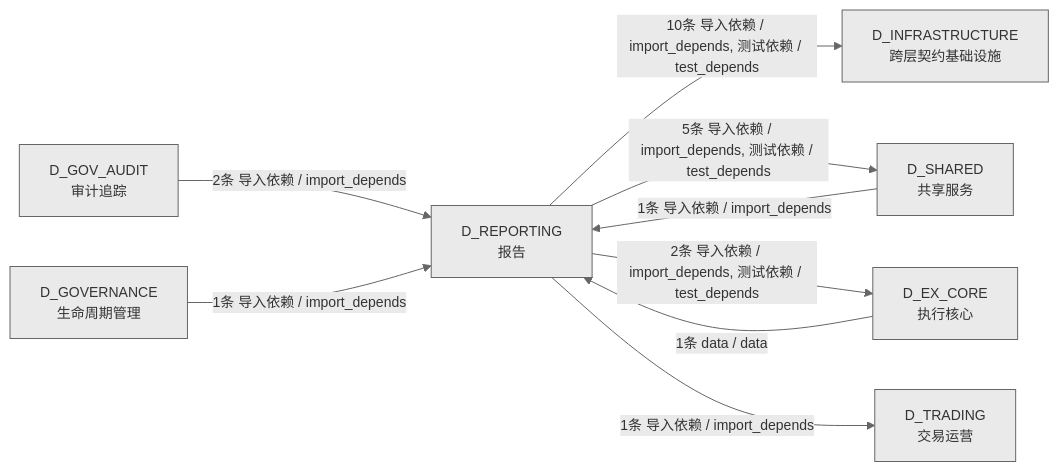
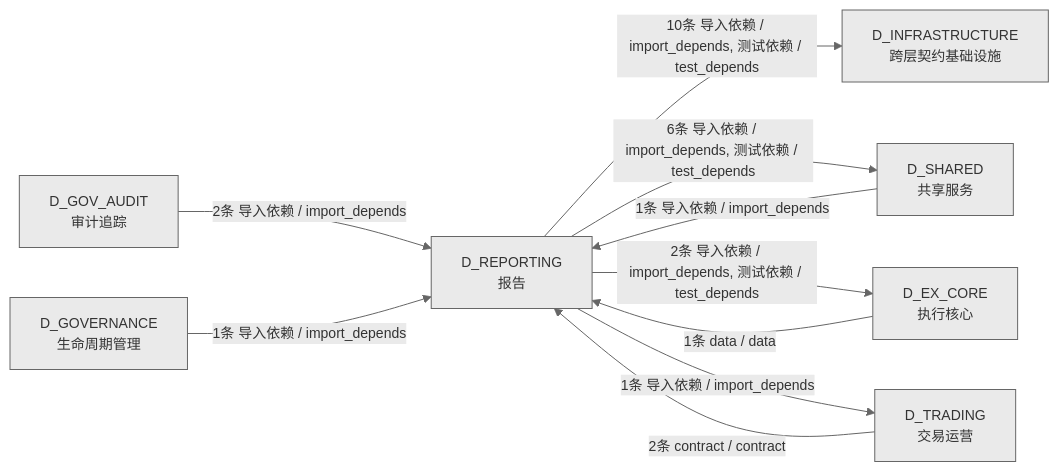
One commit to xuanFelixVan/ZephyrAlpha changed the fourth of 4 diagrams in docs/02_enterprise_architecture/02_domain_architecture_docs/26_d_reporting.md. Above: the diagram before and after it, drawn with Mermaid. The commit also changed other lines of this file and 44 other files, not shown here.

````diff
--- a/docs/02_enterprise_architecture/02_domain_architecture_docs/26_d_reporting.md
+++ b/docs/02_enterprise_architecture/02_domain_architecture_docs/26_d_reporting.md
@@ -223,19 +233,20 @@
 ```mermaid
 %%{init: {'theme': 'base', 'themeVariables': {'primaryColor': '#eaeaea', 'primaryTextColor': '#333333', 'primaryBorderColor': '#666666', 'lineColor': '#666666', 'secondaryColor': '#eaeaea', 'tertiaryColor': '#eaeaea', 'fontSize': '14px'}}}%%
 graph LR
     D_REPORTING["D_REPORTING<br/>报告"]
     D_INFRASTRUCTURE["D_INFRASTRUCTURE<br/>跨层契约基础设施"]
     D_SHARED["D_SHARED<br/>共享服务"]
     D_EX_CORE["D_EX_CORE<br/>执行核心"]
     D_TRADING["D_TRADING<br/>交易运营"]
     D_GOV_AUDIT["D_GOV_AUDIT<br/>审计追踪"]
     D_GOVERNANCE["D_GOVERNANCE<br/>生命周期管理"]
     D_REPORTING -->|10条 导入依赖 / import_depends, 测试依赖 / test_depends| D_INFRASTRUCTURE
-    D_REPORTING -->|5条 导入依赖 / import_depends, 测试依赖 / test_depends| D_SHARED
+    D_REPORTING -->|6条 导入依赖 / import_depends, 测试依赖 / test_depends| D_SHARED
     D_REPORTING -->|2条 导入依赖 / import_depends, 测试依赖 / test_depends| D_EX_CORE
     D_REPORTING -->|1条 导入依赖 / import_depends| D_TRADING
     D_GOV_AUDIT -->|2条 导入依赖 / import_depends| D_REPORTING
+    D_TRADING -->|2条 contract / contract| D_REPORTING
     D_EX_CORE -->|1条 data / data| D_REPORTING
     D_GOVERNANCE -->|1条 导入依赖 / import_depends| D_REPORTING
     D_SHARED -->|1条 导入依赖 / import_depends| D_REPORTING
 ```
````
